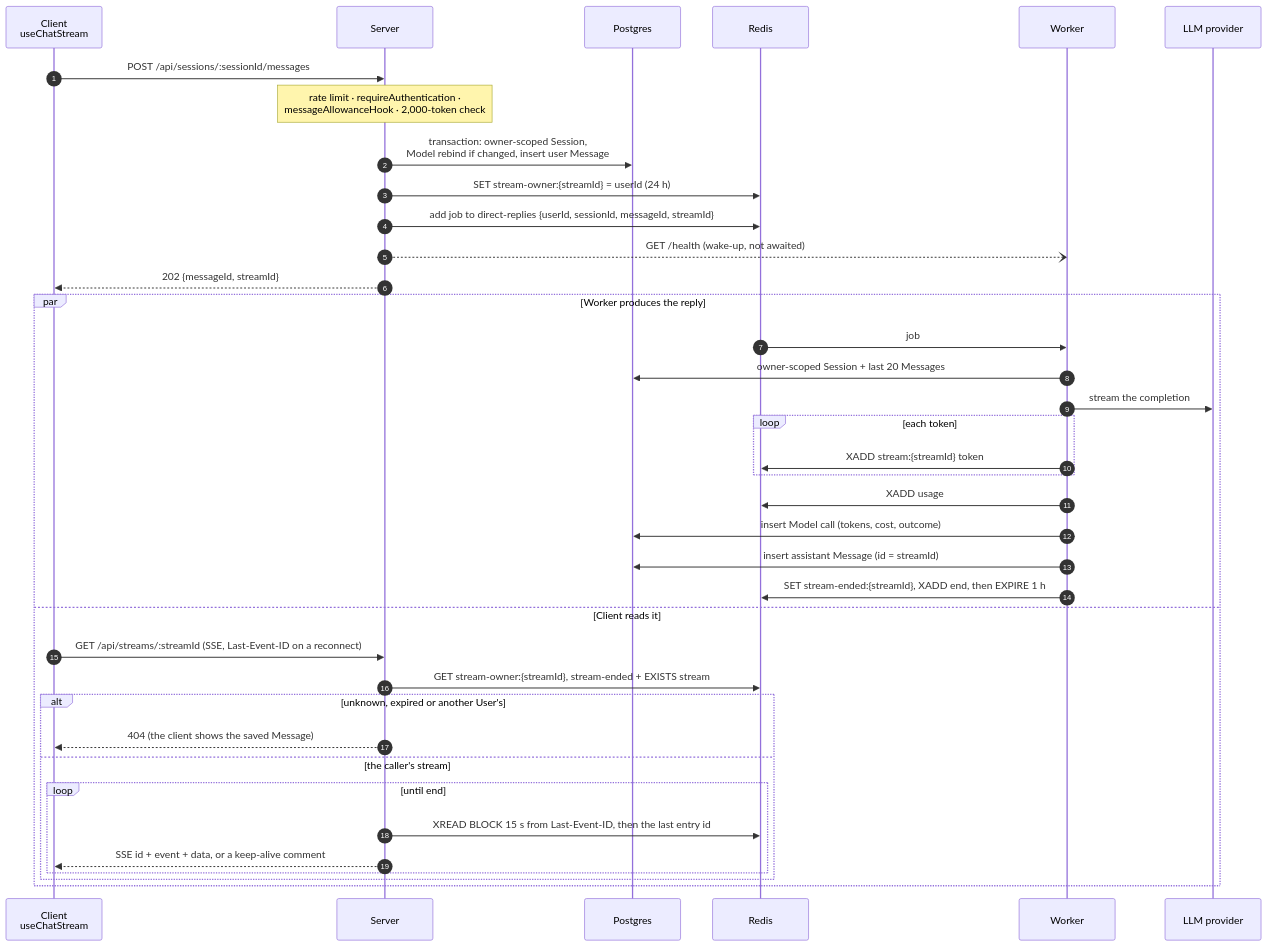
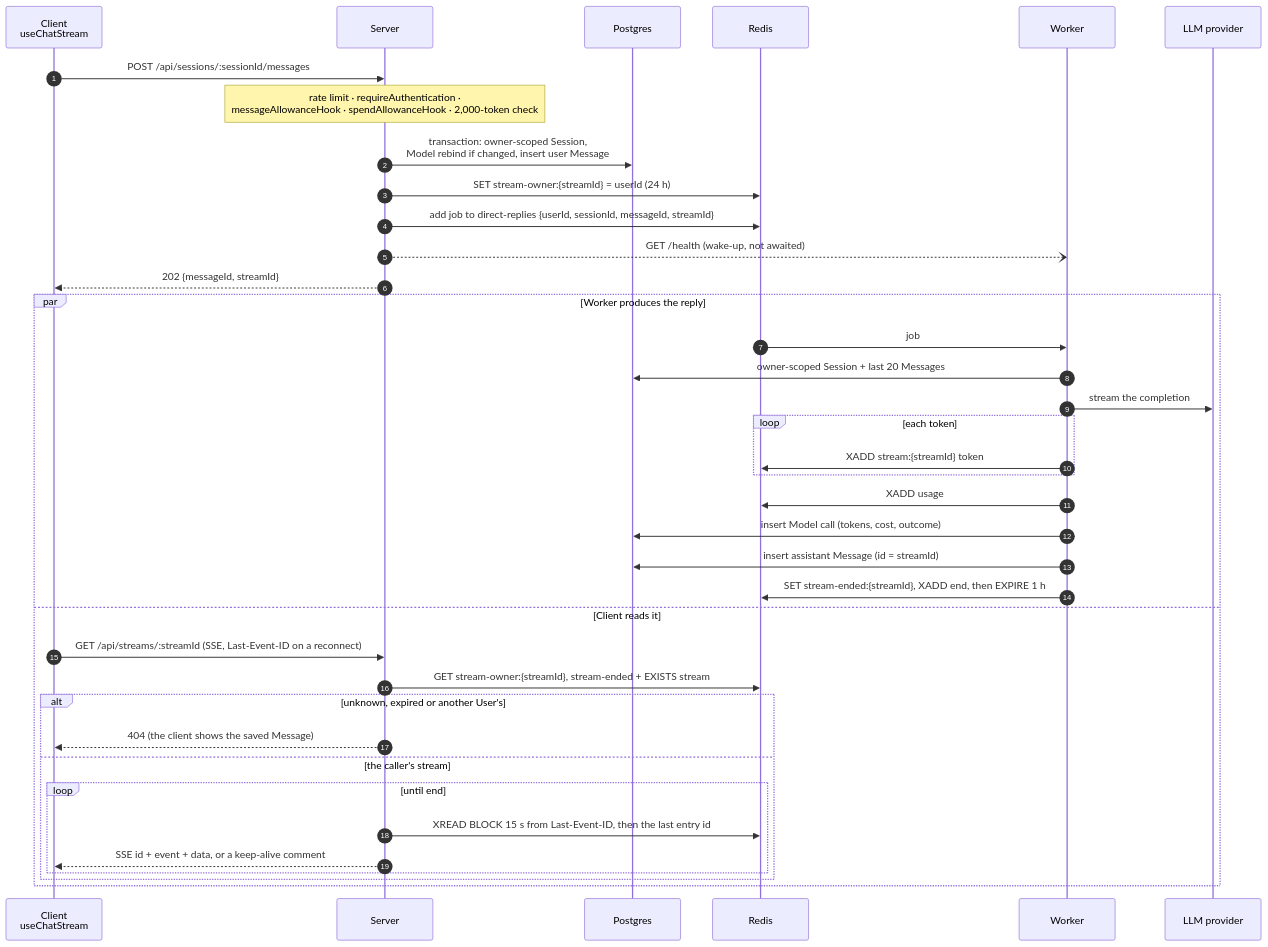
One commit to itsDaiton/nebula-chat changed the sixth of 9 diagrams in docs/architecture.md. Above: the diagram before and after it, drawn with Mermaid. The commit also changed other lines of this file and 53 other files, not shown here.

Commit message:
feat(server,client,db): NEB-820 Spend allowance on the Operator key (#919)

````diff
--- a/docs/architecture.md
+++ b/docs/architecture.md
@@ -284,42 +284,42 @@
 ```mermaid
 sequenceDiagram
   autonumber
   participant C as Client<br/>useChatStream
   participant S as Server
   participant PG as Postgres
   participant R as Redis
   participant W as Worker
   participant L as LLM provider
 
   C->>S: POST /api/sessions/:sessionId/messages
-  Note over S: rate limit · requireAuthentication ·<br/>messageAllowanceHook · 2,000-token check
+  Note over S: rate limit · requireAuthentication ·<br/>messageAllowanceHook · spendAllowanceHook · 2,000-token check
   S->>PG: transaction: owner-scoped Session,<br/>Model rebind if changed, insert user Message
   S->>R: SET stream-owner:{streamId} = userId (24 h)
   S->>R: add job to direct-replies {userId, sessionId, messageId, streamId}
   S--)W: GET /health (wake-up, not awaited)
   S-->>C: 202 {messageId, streamId}
 
   par Worker produces the reply
     R->>W: job
     W->>PG: owner-scoped Session + last 20 Messages
     W->>L: stream the completion
     loop each token
       W->>R: XADD stream:{streamId} token
     end
     W->>R: XADD usage
     W->>PG: insert Model call (tokens, cost, outcome)
     W->>PG: insert assistant Message (id = streamId)
     W->>R: SET stream-ended:{streamId}, XADD end, then EXPIRE 1 h
   and Client reads it
     C->>S: GET /api/streams/:streamId (SSE, Last-Event-ID on a reconnect)
     S->>R: GET stream-owner:{streamId}, stream-ended + EXISTS stream
     alt unknown, expired or another User's
       S-->>C: 404 (the client shows the saved Message)
     else the caller's stream
       loop until end
         S->>R: XREAD BLOCK 15 s from Last-Event-ID, then the last entry id
         S-->>C: SSE id + event + data, or a keep-alive comment
       end
     end
   end
 ```
````
